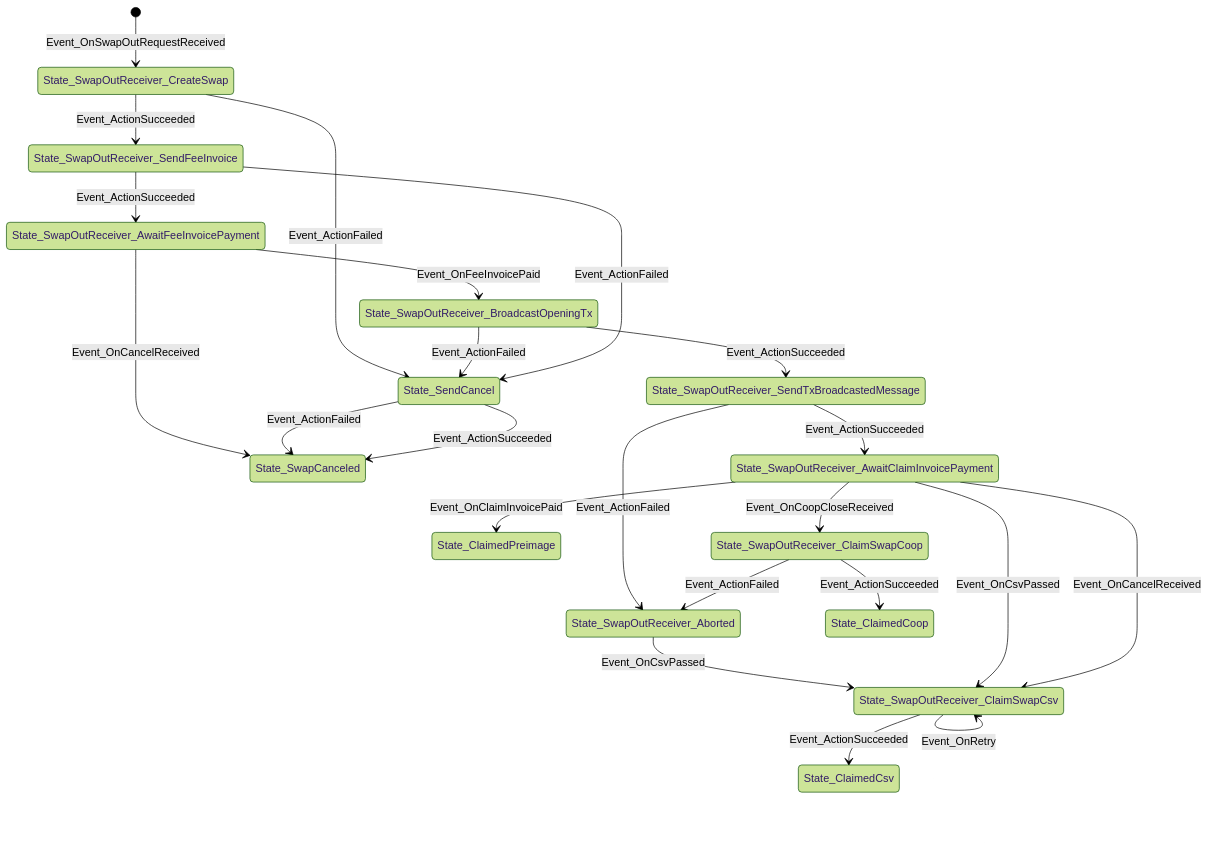
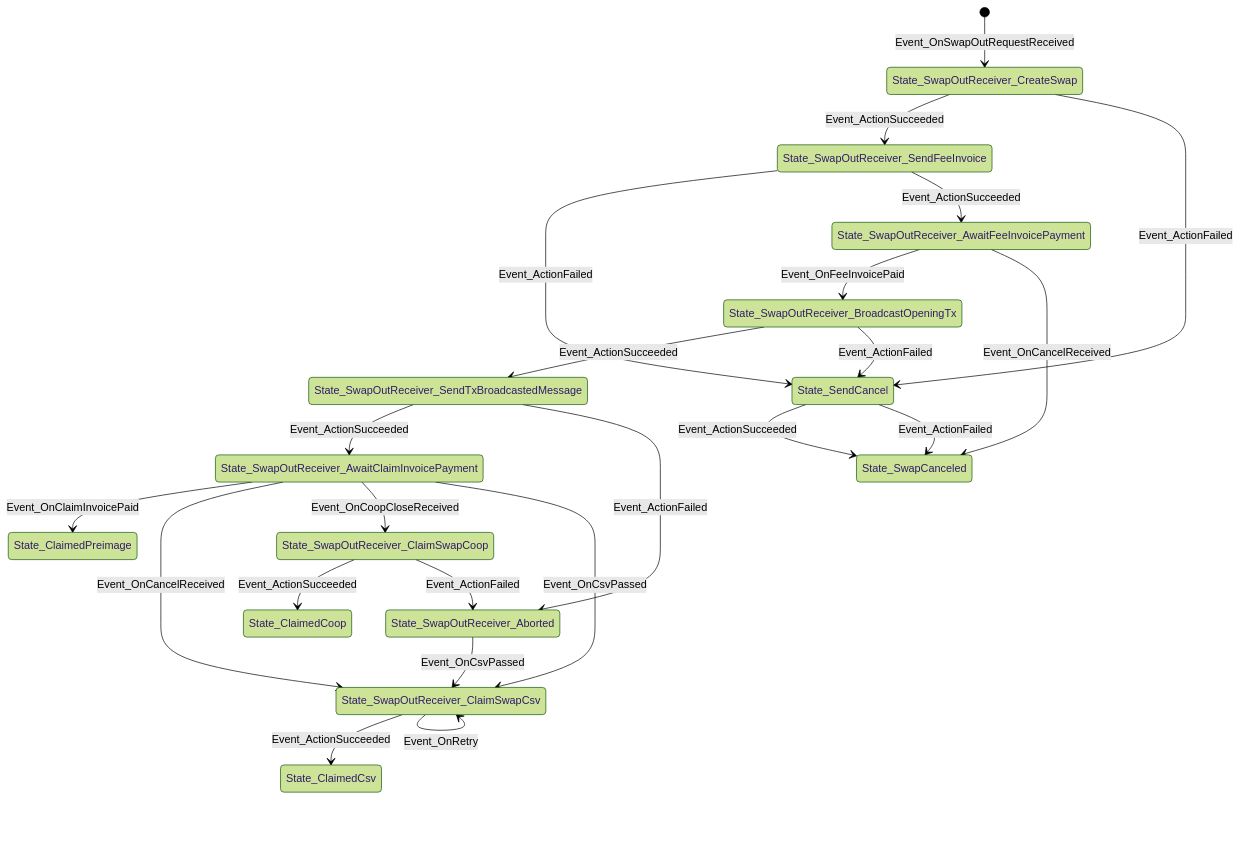
One commit to ElementsProject/peerswap changed the diagram in docs/mmd/swap-out-receiver-states.md. Above: the diagram before and after it, drawn with Mermaid (forest theme). The commit also changed other lines of this file and 11 other files, not shown here.

````diff
--- a/docs/mmd/swap-out-receiver-states.md
+++ b/docs/mmd/swap-out-receiver-states.md
@@ -1,39 +1,39 @@
 ```mermaid
 stateDiagram-v2
-[*] --> State_SwapOutReceiver_CreateSwap: Event_OnSwapOutRequestReceived
 State_SwapCanceled
 State_ClaimedPreimage
+State_ClaimedCoop
+[*] --> State_SwapOutReceiver_CreateSwap: Event_OnSwapOutRequestReceived
+State_SwapOutReceiver_AwaitClaimInvoicePayment
+State_SwapOutReceiver_AwaitClaimInvoicePayment --> State_ClaimedPreimage: Event_OnClaimInvoicePaid
+State_SwapOutReceiver_AwaitClaimInvoicePayment --> State_SwapOutReceiver_ClaimSwapCsv: Event_OnCancelReceived
+State_SwapOutReceiver_AwaitClaimInvoicePayment --> State_SwapOutReceiver_ClaimSwapCoop: Event_OnCoopCloseReceived
+State_SwapOutReceiver_AwaitClaimInvoicePayment --> State_SwapOutReceiver_ClaimSwapCsv: Event_OnCsvPassed
+State_SwapOutReceiver_ClaimSwapCsv
+State_SwapOutReceiver_ClaimSwapCsv --> State_ClaimedCsv: Event_ActionSucceeded
+State_SwapOutReceiver_ClaimSwapCsv --> State_SwapOutReceiver_ClaimSwapCsv: Event_OnRetry
+State_ClaimedCsv
 State_SwapOutReceiver_CreateSwap
 State_SwapOutReceiver_CreateSwap --> State_SwapOutReceiver_SendFeeInvoice: Event_ActionSucceeded
 State_SwapOutReceiver_CreateSwap --> State_SendCancel: Event_ActionFailed
-State_SwapOutReceiver_BroadcastOpeningTx
-State_SwapOutReceiver_BroadcastOpeningTx --> State_SwapOutReceiver_SendTxBroadcastedMessage: Event_ActionSucceeded
-State_SwapOutReceiver_BroadcastOpeningTx --> State_SendCancel: Event_ActionFailed
-State_SwapOutReceiver_Aborted
-State_SwapOutReceiver_Aborted --> State_SwapOutReceiver_ClaimSwapCsv: Event_OnCsvPassed
-State_SwapOutReceiver_ClaimSwapCsv
-State_SwapOutReceiver_ClaimSwapCsv --> State_ClaimedCsv: Event_ActionSucceeded
-State_SwapOutReceiver_ClaimSwapCsv --> State_SwapOutReceiver_ClaimSwapCsv: Event_OnRetry
 State_SwapOutReceiver_AwaitFeeInvoicePayment
+State_SwapOutReceiver_AwaitFeeInvoicePayment --> State_SwapOutReceiver_BroadcastOpeningTx: Event_OnFeeInvoicePaid
 State_SwapOutReceiver_AwaitFeeInvoicePayment --> State_SwapCanceled: Event_OnCancelReceived
-State_SwapOutReceiver_AwaitFeeInvoicePayment --> State_SwapOutReceiver_BroadcastOpeningTx: Event_OnFeeInvoicePaid
 State_SendCancel
+State_SendCancel --> State_SwapCanceled: Event_ActionSucceeded
 State_SendCancel --> State_SwapCanceled: Event_ActionFailed
-State_SendCancel --> State_SwapCanceled: Event_ActionSucceeded
-State_ClaimedCoop
 State_SwapOutReceiver_SendFeeInvoice
 State_SwapOutReceiver_SendFeeInvoice --> State_SendCancel: Event_ActionFailed
 State_SwapOutReceiver_SendFeeInvoice --> State_SwapOutReceiver_AwaitFeeInvoicePayment: Event_ActionSucceeded
 State_SwapOutReceiver_SendTxBroadcastedMessage
 State_SwapOutReceiver_SendTxBroadcastedMessage --> State_SwapOutReceiver_AwaitClaimInvoicePayment: Event_ActionSucceeded
 State_SwapOutReceiver_SendTxBroadcastedMessage --> State_SwapOutReceiver_Aborted: Event_ActionFailed
-State_SwapOutReceiver_AwaitClaimInvoicePayment
-State_SwapOutReceiver_AwaitClaimInvoicePayment --> State_SwapOutReceiver_ClaimSwapCoop: Event_OnCoopCloseReceived
-State_SwapOutReceiver_AwaitClaimInvoicePayment --> State_SwapOutReceiver_ClaimSwapCsv: Event_OnCsvPassed
-State_SwapOutReceiver_AwaitClaimInvoicePayment --> State_ClaimedPreimage: Event_OnClaimInvoicePaid
-State_SwapOutReceiver_AwaitClaimInvoicePayment --> State_SwapOutReceiver_ClaimSwapCsv: Event_OnCancelReceived
+State_SwapOutReceiver_BroadcastOpeningTx
+State_SwapOutReceiver_BroadcastOpeningTx --> State_SwapOutReceiver_SendTxBroadcastedMessage: Event_ActionSucceeded
+State_SwapOutReceiver_BroadcastOpeningTx --> State_SendCancel: Event_ActionFailed
 State_SwapOutReceiver_ClaimSwapCoop
 State_SwapOutReceiver_ClaimSwapCoop --> State_ClaimedCoop: Event_ActionSucceeded
 State_SwapOutReceiver_ClaimSwapCoop --> State_SwapOutReceiver_Aborted: Event_ActionFailed
-State_ClaimedCsv
+State_SwapOutReceiver_Aborted
+State_SwapOutReceiver_Aborted --> State_SwapOutReceiver_ClaimSwapCsv: Event_OnCsvPassed
 ```
````
